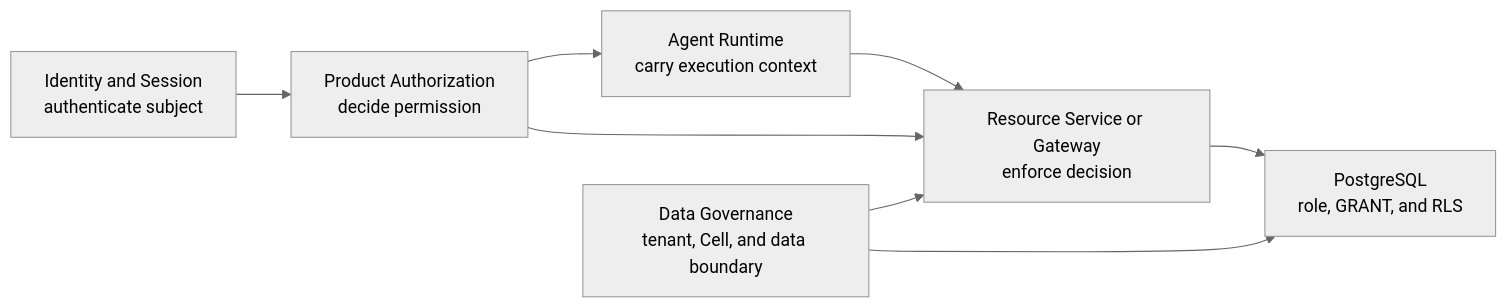
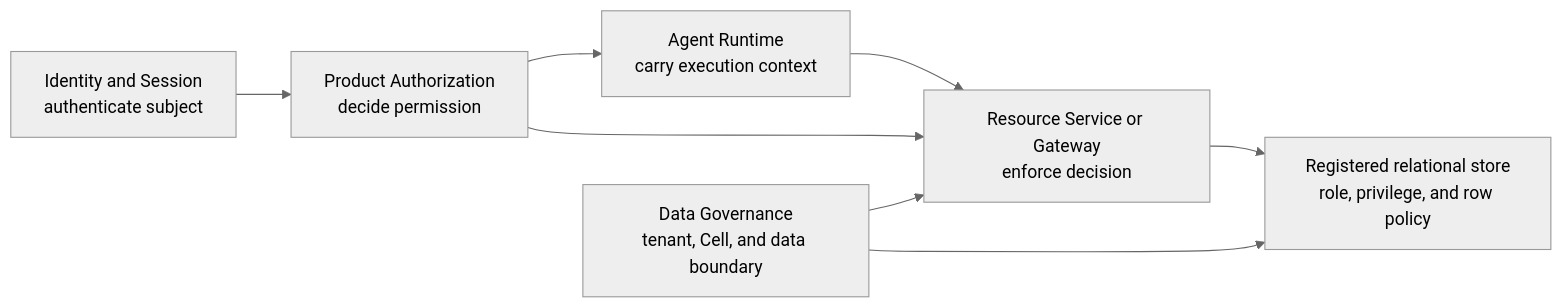
One commit to bobaoai/agent_runtime changed the diagram in 09_soul/governance/t0/the_product_authorization.md. Above: the diagram before and after it, drawn with Mermaid (neutral theme). The commit also changed other lines of this file and 120 other files, not shown here.

````diff
--- a/09_soul/governance/t0/the_product_authorization.md
+++ b/09_soul/governance/t0/the_product_authorization.md
@@ -90,17 +90,17 @@
 ```mermaid
 flowchart LR
     identity["Identity and Session<br/>authenticate subject"]
     authz["Product Authorization<br/>decide permission"]
     runtime["Agent Runtime<br/>carry execution context"]
     gateway["Resource Service or Gateway<br/>enforce decision"]
-    database["PostgreSQL<br/>role, GRANT, and RLS"]
+    database["Registered relational store<br/>role, privilege, and row policy"]
     isolation["Data Governance<br/>tenant, Cell, and data boundary"]
 
     identity --> authz
     authz --> runtime
     runtime --> gateway
     authz --> gateway
     isolation --> gateway
     gateway --> database
     isolation --> database
 ```
````
